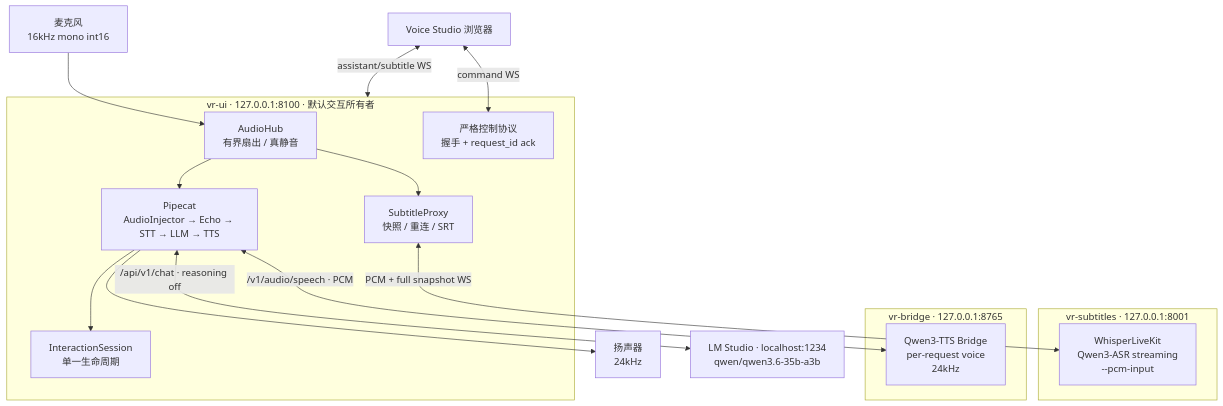
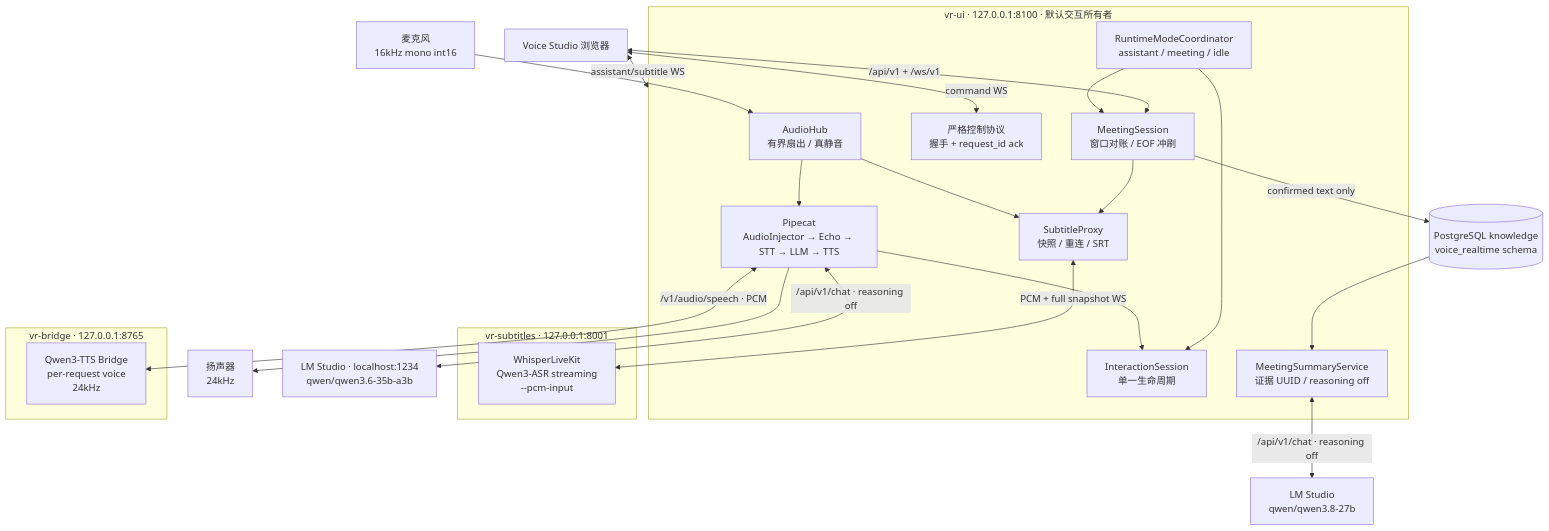
One commit to hrygo/voice-realtime changed the first of 6 diagrams in docs/架构图与流程图.md. Above: the diagram before and after it, drawn with Mermaid. The commit also changed other lines of this file and 64 other files, not shown here.

````diff
--- a/docs/架构图与流程图.md
+++ b/docs/架构图与流程图.md
@@ -7,35 +8,47 @@
 ```mermaid
 flowchart TB
     MIC[麦克风<br/>16kHz mono int16]
     SPEAKER[扬声器<br/>24kHz]
     BROWSER[Voice Studio 浏览器]
 
     subgraph UI[vr-ui · 127.0.0.1:8100 · 默认交互所有者]
         HUB[AudioHub<br/>有界扇出 / 真静音]
         SESSION[InteractionSession<br/>单一生命周期]
         PIPE[Pipecat<br/>AudioInjector → Echo → STT → LLM → TTS]
         SUBPROXY[SubtitleProxy<br/>快照 / 重连 / SRT]
         CONTROL[严格控制协议<br/>握手 + request_id ack]
+        MODE[RuntimeModeCoordinator<br/>assistant / meeting / idle]
+        MEETING[MeetingSession<br/>窗口对账 / EOF 冲刷]
+        SUMMARY[MeetingSummaryService<br/>证据 UUID / reasoning off]
         HUB --> PIPE
         PIPE --> SESSION
         HUB --> SUBPROXY
+        MODE --> SESSION
+        MODE --> MEETING
+        MEETING --> SUBPROXY
     end
 
     subgraph SUB[vr-subtitles · 127.0.0.1:8001]
         WLK[WhisperLiveKit<br/>Qwen3-ASR streaming<br/>--pcm-input]
     end
 
     subgraph BRIDGE[vr-bridge · 127.0.0.1:8765]
         TTS[Qwen3-TTS Bridge<br/>per-request voice<br/>24kHz]
     end
 
     LM[LM Studio · localhost:1234<br/>qwen/qwen3.6-35b-a3b]
+    PG[(PostgreSQL knowledge<br/>voice_realtime schema)]
+    SUMMARY_LM[LM Studio<br/>qwen/qwen3.8-27b]
 
     MIC --> HUB
     SUBPROXY <-->|PCM + full snapshot WS| WLK
     PIPE <-->|/api/v1/chat · reasoning off| LM
     PIPE <-->|/v1/audio/speech · PCM| TTS
     PIPE --> SPEAKER
     BROWSER <-->|assistant/subtitle WS| UI
     BROWSER <-->|command WS| CONTROL
+    MEETING -->|confirmed text only| PG
+    PG --> SUMMARY
+    SUMMARY <-->|/api/v1/chat · reasoning off| SUMMARY_LM
+    BROWSER <-->|/api/v1 + /ws/v1| MEETING
 ```
````
